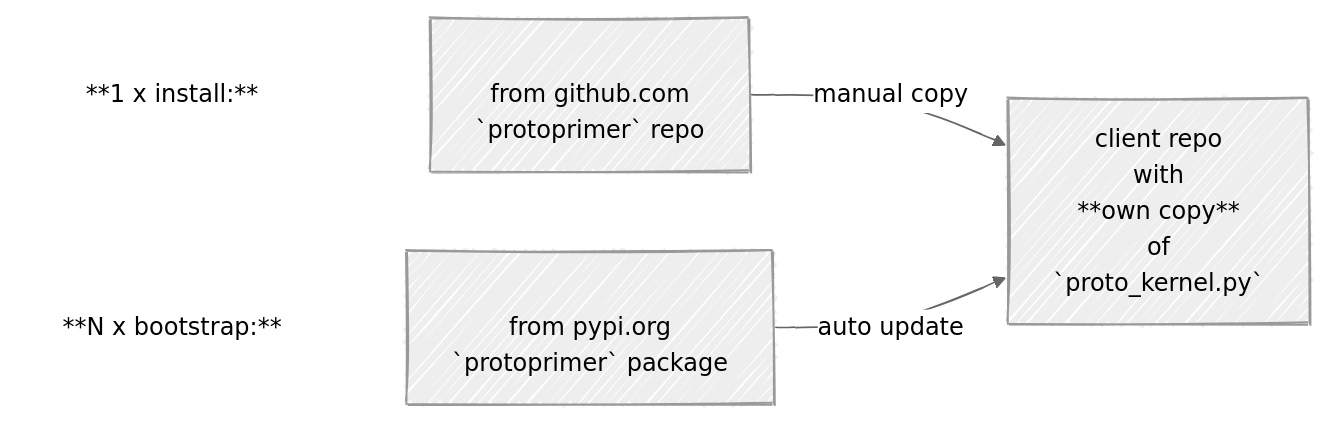
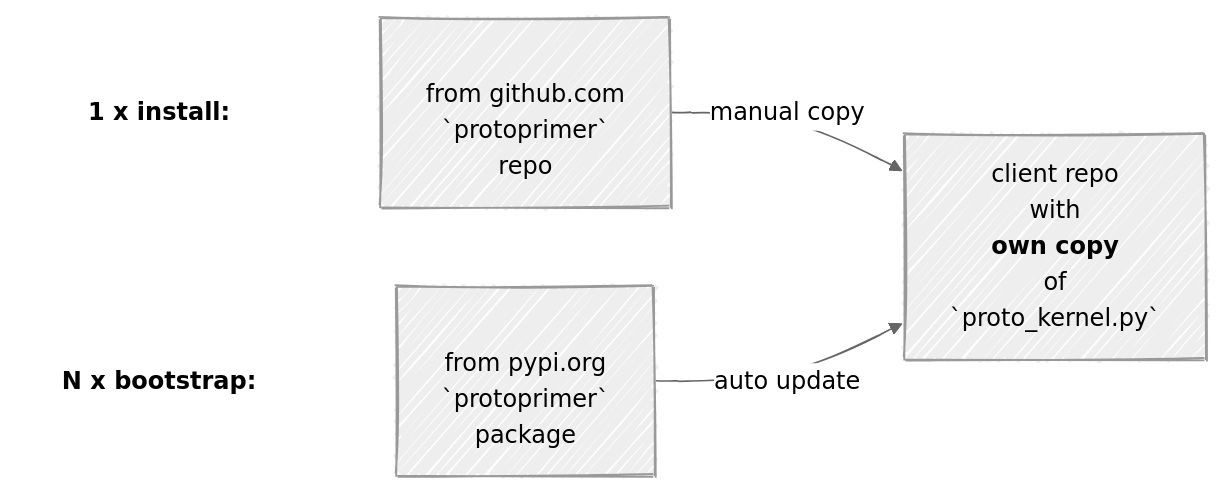
One commit to uvsmtid/protoprimer changed the diagram in readme.md. Above: the diagram before and after it, drawn with Mermaid. The commit also changed 79 other files, not shown here.

````diff
--- a/readme.md
+++ b/readme.md
@@ -83,25 +83,25 @@
 ```mermaid
 ---
 config:
   look: handDrawn
   theme: neutral
 ---
 graph LR;
 
-    install_link["**1 x install:**"]
-    github_web["<br>from github.com<br>`protoprimer` repo"]
+    install_link["<b>1 x install:</b>"]
+    github_web["<br>from github.com<br>`protoprimer`<br>repo"]
 
-    bootstrap_link["**N x bootstrap:**"];
-    pypi_web["<br>from pypi.org<br>`protoprimer` package"]
+    bootstrap_link["<b>N x bootstrap:</b>"];
+    pypi_web["<br>from pypi.org<br>`protoprimer`<br>package"]
 
-    client_repo["client repo<br>with<br>**own copy**<br>of<br>`proto_kernel.py`"];
+    client_repo["client repo<br>with<br><b>own copy</b><br>of<br>`proto_kernel.py`"];
 
     install_link ~~~ github_web;
     github_web --manual copy--> client_repo;
 
     bootstrap_link ~~~ pypi_web;
     pypi_web --auto update--> client_repo;
 
     style install_link fill:none,stroke:none;
     style bootstrap_link fill:none,stroke:none;
 ```
````
